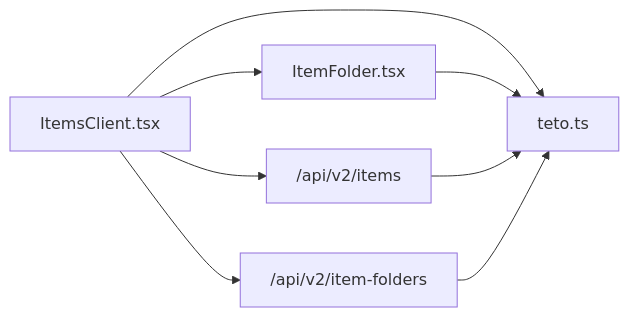
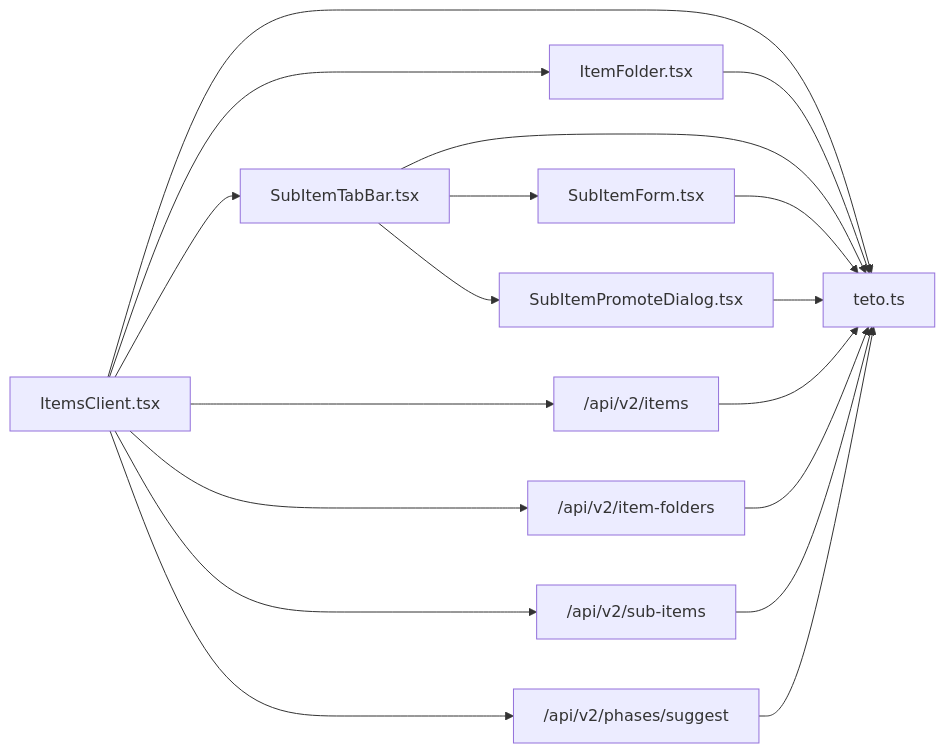
Before and after one commit to bbong1234/TETO: diagram 11 of 11 in .qoder/repowiki/zh/content/核心功能模块/项目跟踪系统/项目管理.md, drawn with Mermaid. The commit also changed other lines of this file and 10 other files, not shown here.

````diff
--- a/.qoder/repowiki/zh/content/核心功能模块/项目跟踪系统/项目管理.md
+++ b/.qoder/repowiki/zh/content/核心功能模块/项目跟踪系统/项目管理.md
@@ -358,10 +646,20 @@
 ```mermaid
 graph LR
 IC["ItemsClient.tsx"] --> IF["ItemFolder.tsx"]
+IC --> SITB["SubItemTabBar.tsx"]
+SITB --> SIF["SubItemForm.tsx"]
+SITB --> SIPD["SubItemPromoteDialog.tsx"]
 IC --> Types["teto.ts"]
 IF --> Types
+SITB --> Types
+SIF --> Types
+SIPD --> Types
 IC --> API1["/api/v2/items"]
 IC --> API2["/api/v2/item-folders"]
+IC --> API3["/api/v2/sub-items"]
+IC --> API4["/api/v2/phases/suggest"]
 API1 --> Types
 API2 --> Types
+API3 --> Types
+API4 --> Types
 ```
````
